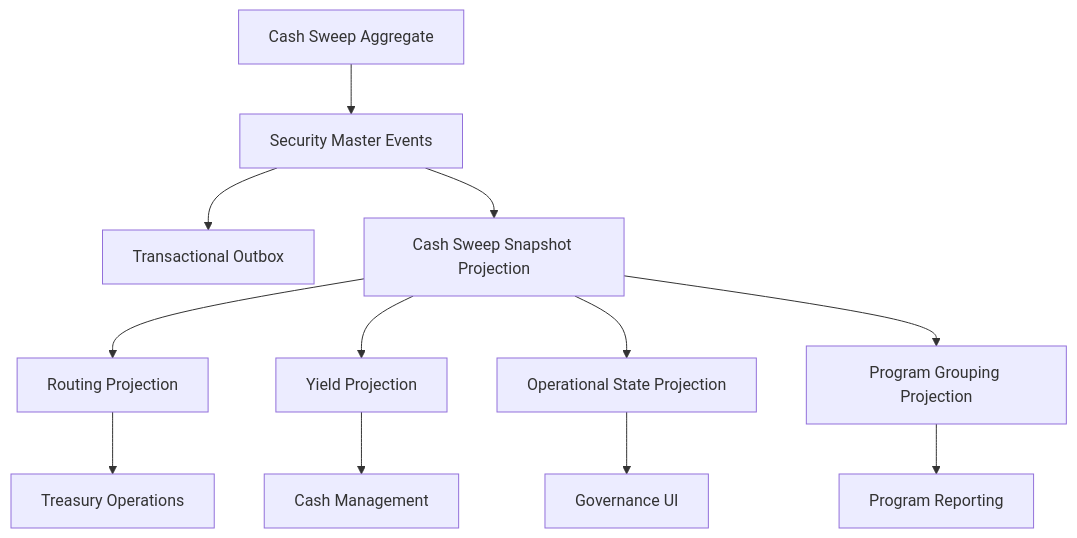
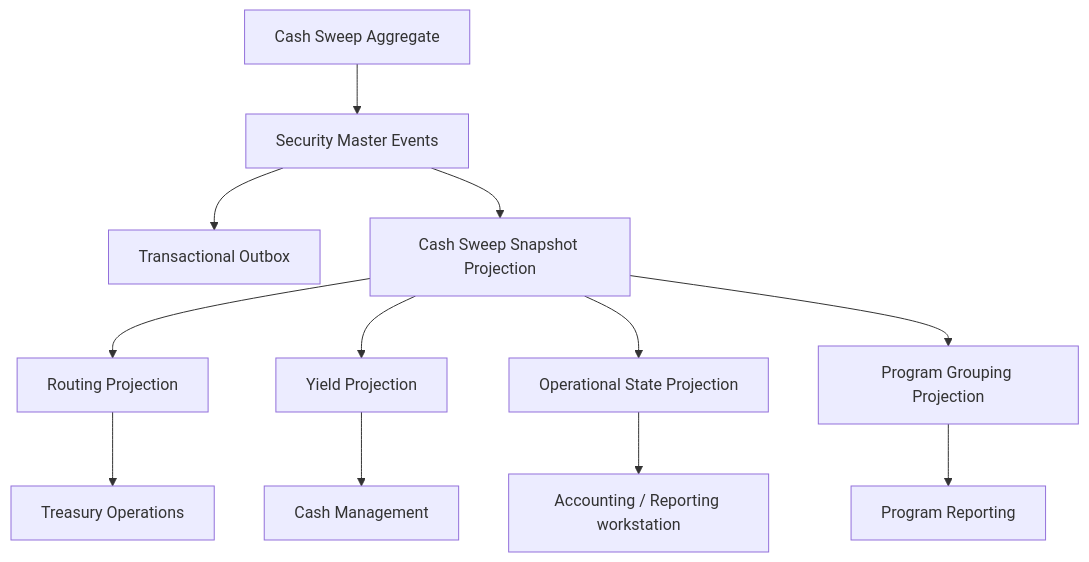
The diagram in docs/plans/ufl-cash-sweep-target-state-v2.md (rodoHasArrived/Meridian-main), drawn with Mermaid before and after one commit. The commit also changed 51 other files, not shown here.

````diff
--- a/docs/plans/ufl-cash-sweep-target-state-v2.md
+++ b/docs/plans/ufl-cash-sweep-target-state-v2.md
@@ -59,16 +59,16 @@
 ```mermaid
 flowchart TD
     Sweep["Cash Sweep Aggregate"] --> SweepEvents["Security Master Events"]
     SweepEvents --> Outbox["Transactional Outbox"]
     SweepEvents --> Snapshot["Cash Sweep Snapshot Projection"]
 
     Snapshot --> Routing["Routing Projection"]
     Snapshot --> Yield["Yield Projection"]
     Snapshot --> Ops["Operational State Projection"]
     Snapshot --> Grouping["Program Grouping Projection"]
 
     Routing --> Treasury["Treasury Operations"]
     Yield --> CashMgmt["Cash Management"]
-    Ops --> Governance["Governance UI"]
+    Ops --> Governance["Accounting / Reporting workstation"]
     Grouping --> Reporting["Program Reporting"]
 ```
````
